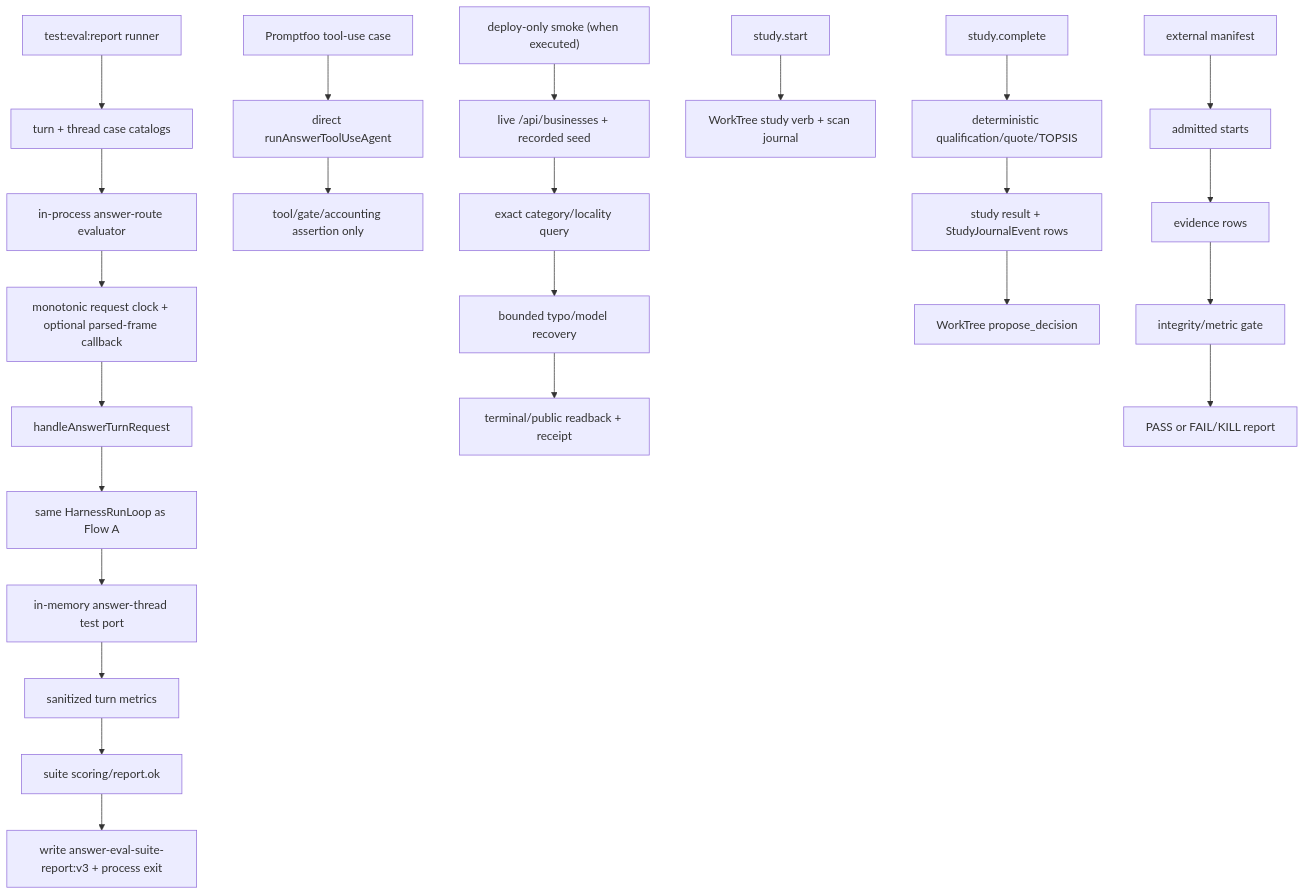
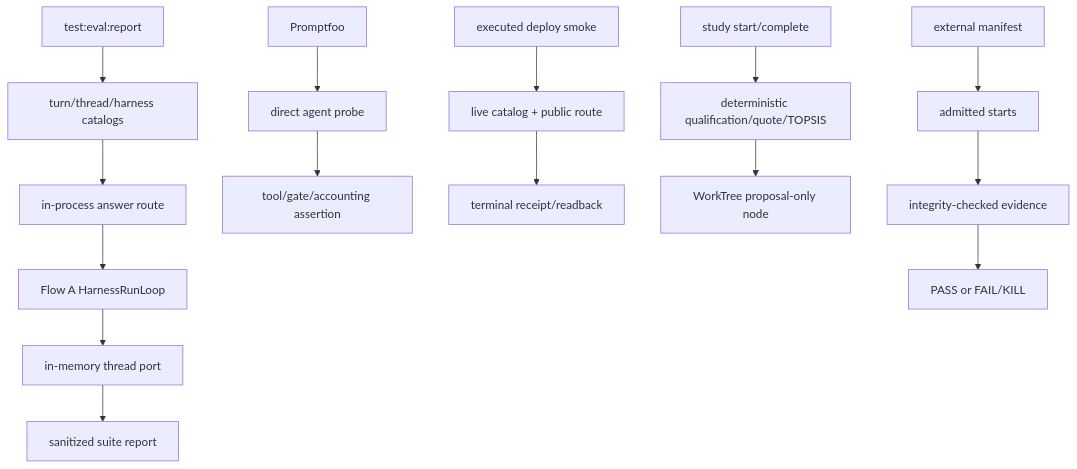
The third of 3 diagrams in .planning/codebase/PROMPT-DATA-FLOW.md (CreasyBear/Agentic-Economy), drawn with Mermaid before and after one commit. The commit also changed other lines of this file and 7 other files, not shown here.

````diff
--- a/.planning/codebase/PROMPT-DATA-FLOW.md
+++ b/.planning/codebase/PROMPT-DATA-FLOW.md
@@ -160,26 +157,9 @@
 ```mermaid
 flowchart TD
-  RUN["test:eval:report runner"] --> CASES["turn + thread case catalogs"]
-  CASES --> EVAL["in-process answer-route evaluator"]
-  EVAL --> CLOCK["monotonic request clock + optional parsed-frame callback"]
-  CLOCK --> ROUTE["handleAnswerTurnRequest"]
-  ROUTE --> SPINE["same HarnessRunLoop as Flow A"]
-  SPINE --> MEM["in-memory answer-thread test port"]
-  MEM --> METRICS["sanitized turn metrics"]
-  METRICS --> SCORE["suite scoring/report.ok"]
-  SCORE --> EXIT["write answer-eval-suite-report:v3 + process exit"]
-  PFOO["Promptfoo tool-use case"] --> DIRECT["direct runAnswerToolUseAgent"]
-  DIRECT --> PROBE["tool/gate/accounting assertion only"]
-  HOSTED["deploy-only smoke (when executed)"] --> CATALOG["live /api/businesses + recorded seed"]
-  CATALOG --> HDIRECT["exact category/locality query"]
-  HDIRECT --> HMODEL["bounded typo/model recovery"]
-  HMODEL --> HREAD["terminal/public readback + receipt"]
-  START["study.start"] --> WORKTREE["WorkTree study verb + scan journal"]
-  COMPLETE["study.complete"] --> PIPE["deterministic qualification/quote/TOPSIS"]
-  PIPE --> STUDYROWS["study result + StudyJournalEvent rows"]
-  STUDYROWS --> PROPOSE["WorkTree propose_decision"]
-  MANIFEST["external manifest"] --> ADMIT["admitted starts"]
-  ADMIT --> EVIDENCE["evidence rows"]
-  EVIDENCE --> FINAL["integrity/metric gate"]
-  FINAL --> REPORT["PASS or FAIL/KILL report"]
+  SUITE["test:eval:report"] --> CASES["turn/thread/harness catalogs"] --> ROUTE["in-process answer route"]
+  ROUTE --> HARN["Flow A HarnessRunLoop"] --> FIXTURE["in-memory thread port"] --> SCORE["sanitized suite report"]
+  PFOO["Promptfoo"] --> AGENT["direct agent probe"] --> ASSERT["tool/gate/accounting assertion"]
+  HOSTED["executed deploy smoke"] --> PUBLIC["live catalog + public route"] --> READBACK["terminal receipt/readback"]
+  STUDY["study start/complete"] --> PIPE["deterministic qualification/quote/TOPSIS"] --> PROPOSAL["WorkTree proposal-only node"]
+  MANIFEST["external manifest"] --> START["admitted starts"] --> EVIDENCE["integrity-checked evidence"] --> FINAL["PASS or FAIL/KILL"]
 ```
````
